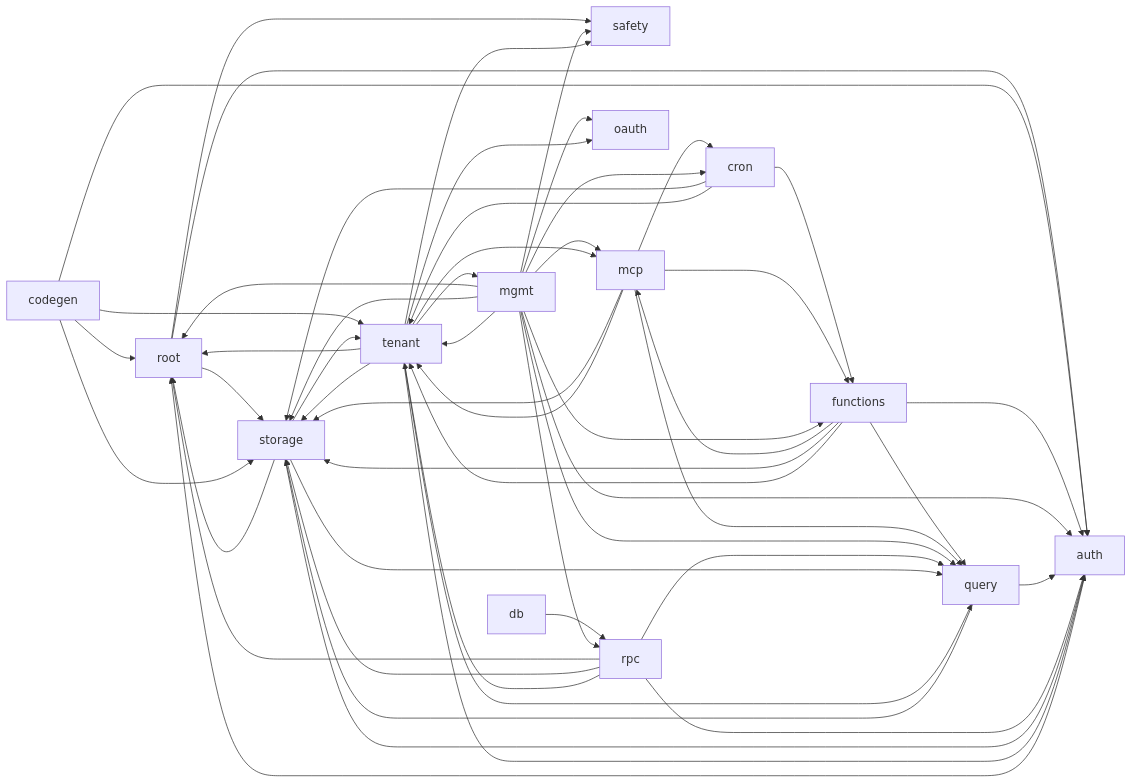
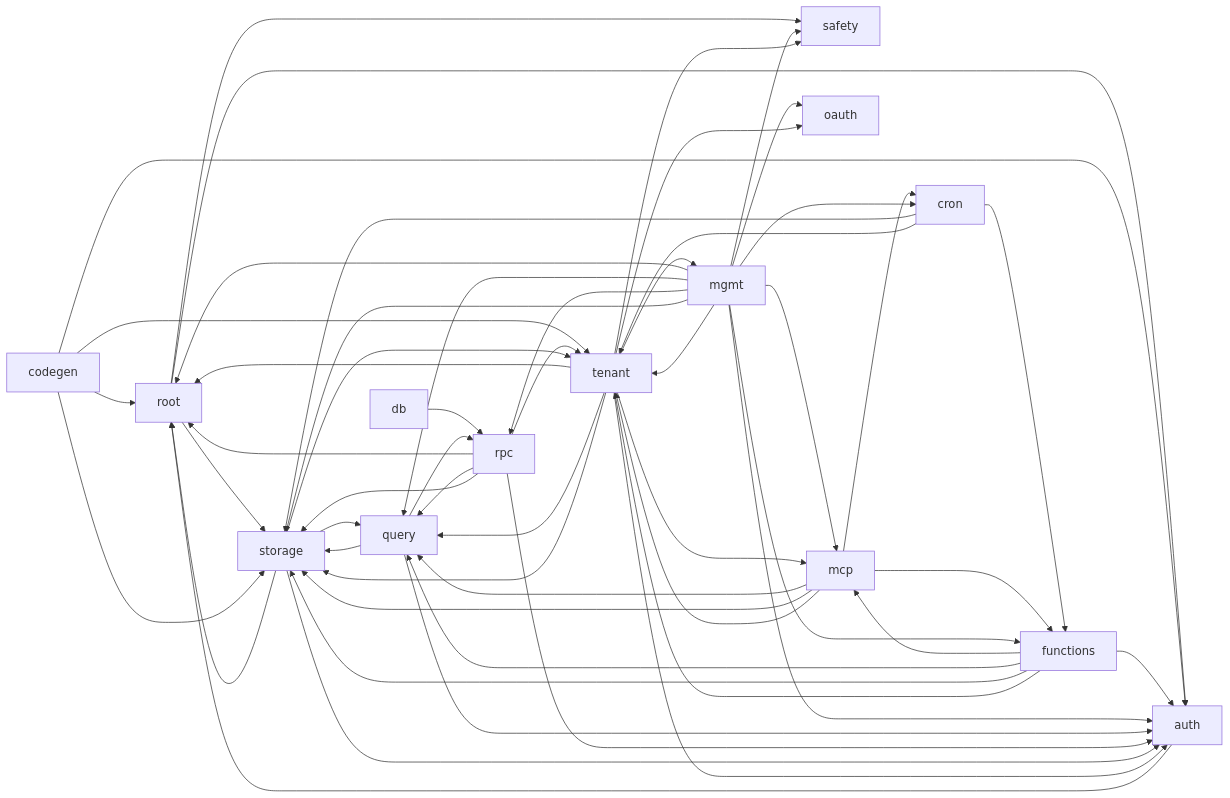
Before and after one commit to KaelLim/drust: the diagram in docs/architecture.md, drawn with Mermaid. The commit also changed other lines of this file and 10 other files, not shown here.

````diff
--- a/docs/architecture.md
+++ b/docs/architecture.md
@@ -42,55 +42,56 @@
 ```mermaid
 graph LR
   root --> auth
   root --> safety
   root --> storage
   auth --> root
   codegen --> root
   codegen --> auth
   codegen --> storage
   codegen --> tenant
   cron --> functions
   cron --> storage
   cron --> tenant
   db --> rpc
   functions --> auth
   functions --> mcp
   functions --> query
   functions --> storage
   functions --> tenant
   mcp --> cron
   mcp --> functions
   mcp --> query
   mcp --> storage
   mcp --> tenant
   mgmt --> root
   mgmt --> auth
   mgmt --> cron
   mgmt --> functions
   mgmt --> mcp
   mgmt --> oauth
   mgmt --> query
   mgmt --> rpc
   mgmt --> safety
   mgmt --> storage
   mgmt --> tenant
   query --> auth
+  query --> rpc
   query --> storage
   rpc --> root
   rpc --> auth
   rpc --> query
   rpc --> storage
   rpc --> tenant
   storage --> root
   storage --> auth
   storage --> query
   storage --> tenant
   tenant --> root
   tenant --> auth
   tenant --> mcp
   tenant --> mgmt
   tenant --> oauth
   tenant --> query
   tenant --> safety
   tenant --> storage
 ```
````
